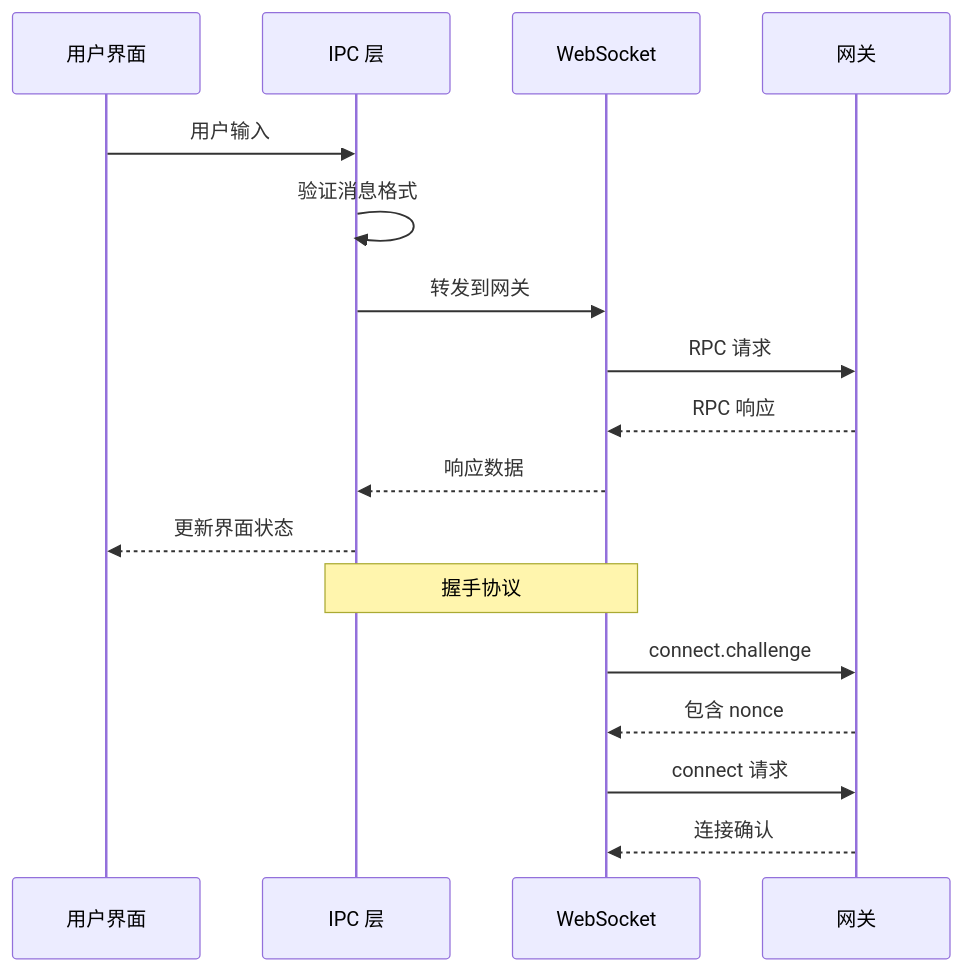
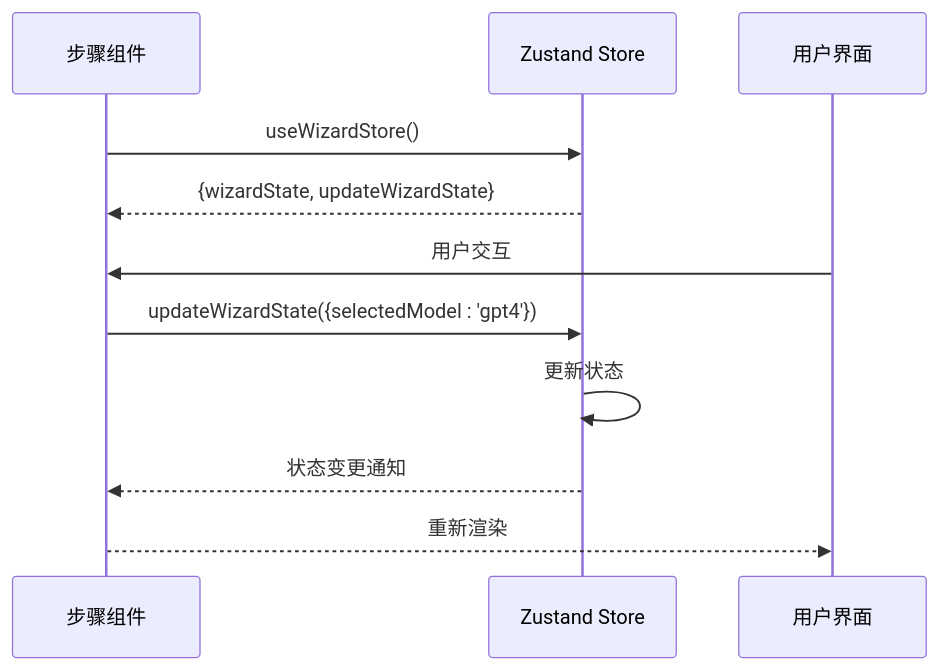
Before and after one commit to verse-ai-org/openclaw: the seventh of 9 diagrams in .qoder/repowiki/zh/content/设置向导状态管理.md, drawn with Mermaid. The commit also changed other lines of this file and 78 other files, not shown here.

````diff
--- a/.qoder/repowiki/zh/content/设置向导状态管理.md
+++ b/.qoder/repowiki/zh/content/设置向导状态管理.md
@@ -349,19 +265,13 @@
 ```mermaid
 sequenceDiagram
+participant Step as 步骤组件
+participant Store as Zustand Store
 participant UI as 用户界面
-participant IPC as IPC 层
-participant WS as WebSocket
-participant GW as 网关
-UI->>IPC : 用户输入
-IPC->>IPC : 验证消息格式
-IPC->>WS : 转发到网关
-WS->>GW : RPC 请求
-GW-->>WS : RPC 响应
-WS-->>IPC : 响应数据
-IPC-->>UI : 更新界面状态
-Note over IPC,WS : 握手协议
-WS->>GW : connect.challenge
-GW-->>WS : 包含 nonce
-WS->>GW : connect 请求
-GW-->>WS : 连接确认
+Step->>Store : useWizardStore()
+Store-->>Step : {wizardState, updateWizardState}
+UI->>Step : 用户交互
+Step->>Store : updateWizardState({selectedModel : 'gpt4'})
+Store->>Store : 更新状态
+Store-->>Step : 状态变更通知
+Step-->>UI : 重新渲染
 ```
````
